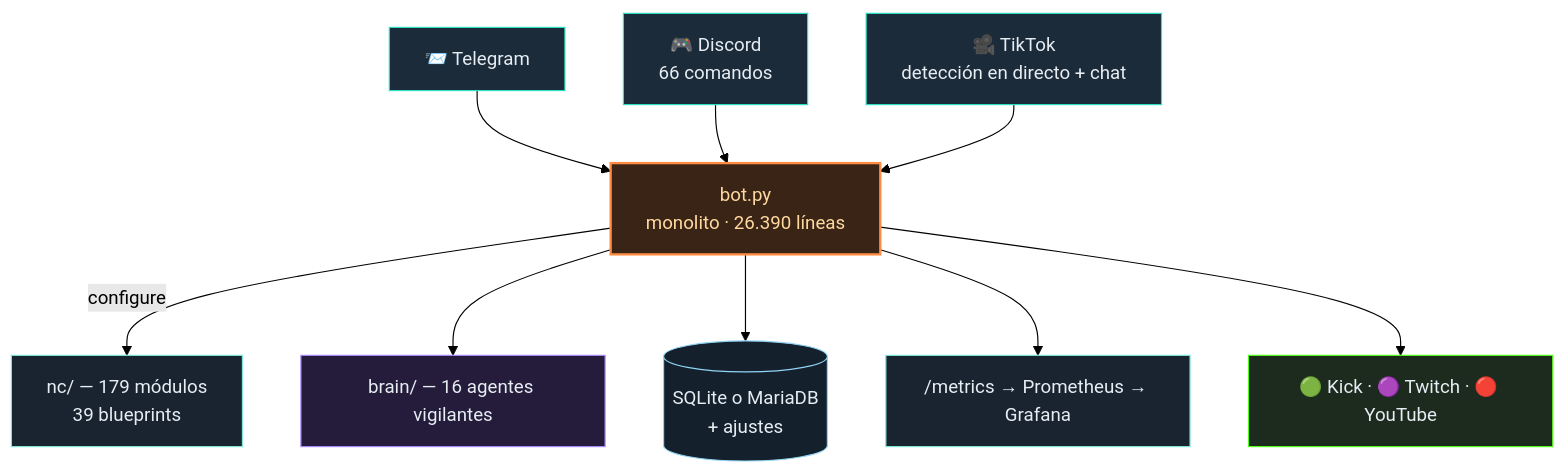
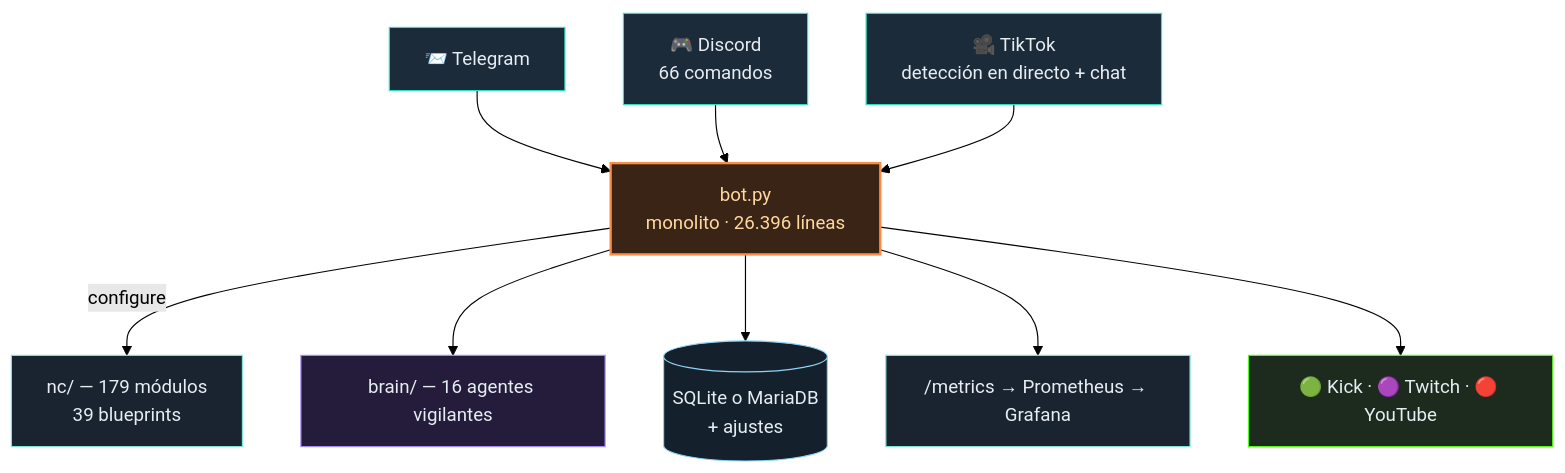
Before and after one commit to itsamemedev/Telegram-Stream-Info-Bot: the diagram in README.es.md, drawn with Mermaid (forest theme). The commit also changed other lines of this file and 16 other files, not shown here.

````diff
--- a/README.es.md
+++ b/README.es.md
@@ -64,18 +64,18 @@
 ```mermaid
 flowchart TB
     TG["📨 Telegram"]:::ein --> BOT
     DC["🎮 Discord<br/>66 comandos"]:::ein --> BOT
     TT["🎥 TikTok<br/>detección en directo + chat"]:::ein --> BOT
-    BOT["bot.py<br/>monolito · 26.390 líneas"]:::core
+    BOT["bot.py<br/>monolito · 26.396 líneas"]:::core
     BOT -->|configure| NC["nc/ — 179 módulos<br/>39 blueprints"]:::lib
     BOT --> BRAIN["brain/ — 16 agentes vigilantes"]:::brain
     BOT --> DB[("SQLite o MariaDB<br/>+ ajustes")]:::db
     BOT --> PROM["/metrics → Prometheus → Grafana"]:::lib
     BOT --> OUT["🟢 Kick · 🟣 Twitch · 🔴 YouTube"]:::out
     classDef ein fill:#1c2b3a,stroke:#2de1c2,color:#e6edf3
     classDef core fill:#3a2415,stroke:#ff8c42,stroke-width:2px,color:#ffd9a0
     classDef lib fill:#1a2430,stroke:#7fe7d4,color:#e6edf3
     classDef brain fill:#241c3a,stroke:#a78bfa,color:#e6edf3
     classDef db fill:#14202c,stroke:#8fd3f4,color:#e6edf3
     classDef out fill:#1c2b1e,stroke:#53fc18,color:#e6edf3
 ```
````
